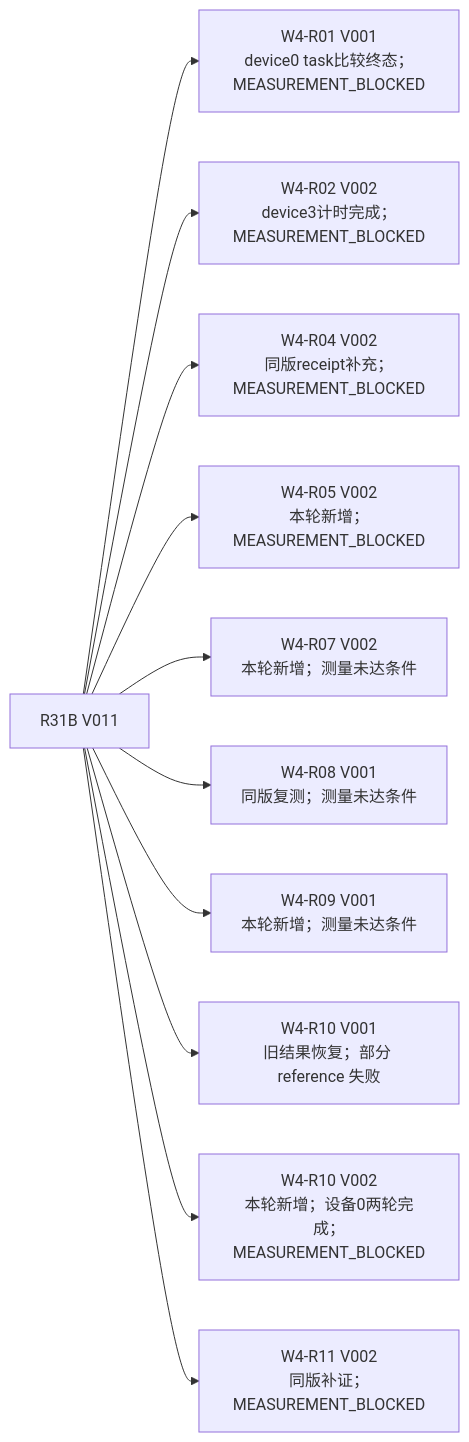
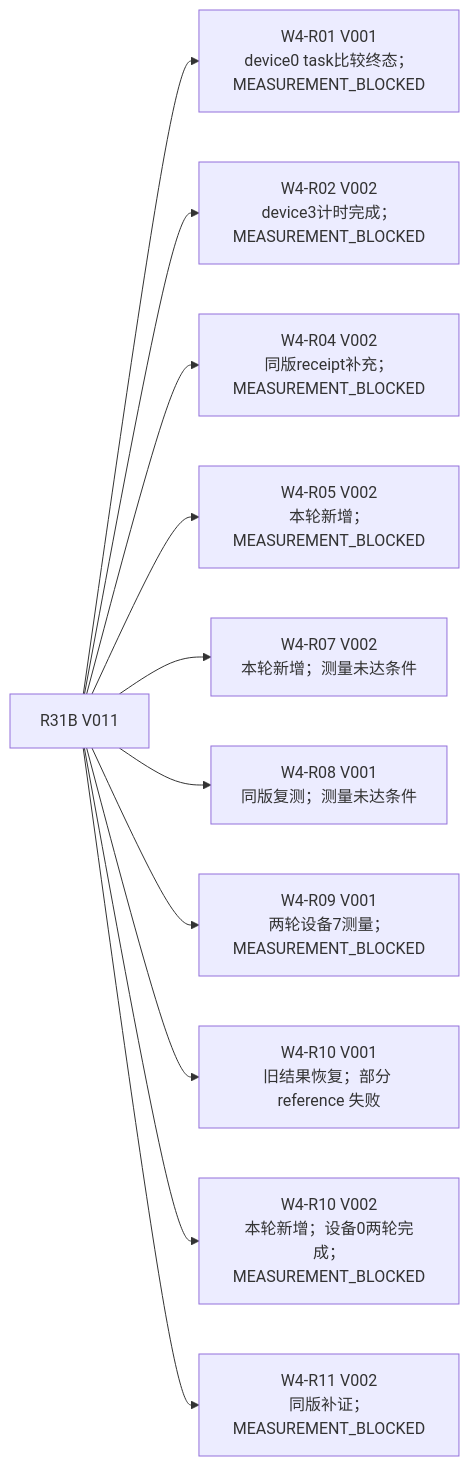
One commit to sxyq/CANN changed the first of 4 diagrams in 技术路线/技术路线图.md. Above: the diagram before and after it, drawn with Mermaid. The commit also changed other lines of this file and 3 other files, not shown here.

````diff
--- a/技术路线/技术路线图.md
+++ b/技术路线/技术路线图.md
@@ -41,14 +41,14 @@
 ```mermaid
 flowchart LR
   p["R31B V011"]
   p --> r01["W4-R01 V001<br/>device0 task比较终态；MEASUREMENT_BLOCKED"]
   p --> r02["W4-R02 V002<br/>device3计时完成；MEASUREMENT_BLOCKED"]
   p --> r04["W4-R04 V002<br/>同版receipt补充；MEASUREMENT_BLOCKED"]
   p --> r05["W4-R05 V002<br/>本轮新增；MEASUREMENT_BLOCKED"]
   p --> r07["W4-R07 V002<br/>本轮新增；测量未达条件"]
   p --> r08["W4-R08 V001<br/>同版复测；测量未达条件"]
-  p --> r09["W4-R09 V001<br/>本轮新增；测量未达条件"]
+  p --> r09["W4-R09 V001<br/>两轮设备7测量；MEASUREMENT_BLOCKED"]
   p --> r10["W4-R10 V001<br/>旧结果恢复；部分 reference 失败"]
   p --> r10v2["W4-R10 V002<br/>本轮新增；设备0两轮完成；MEASUREMENT_BLOCKED"]
   p --> r11["W4-R11 V002<br/>同版补证；MEASUREMENT_BLOCKED"]
 ```
````
